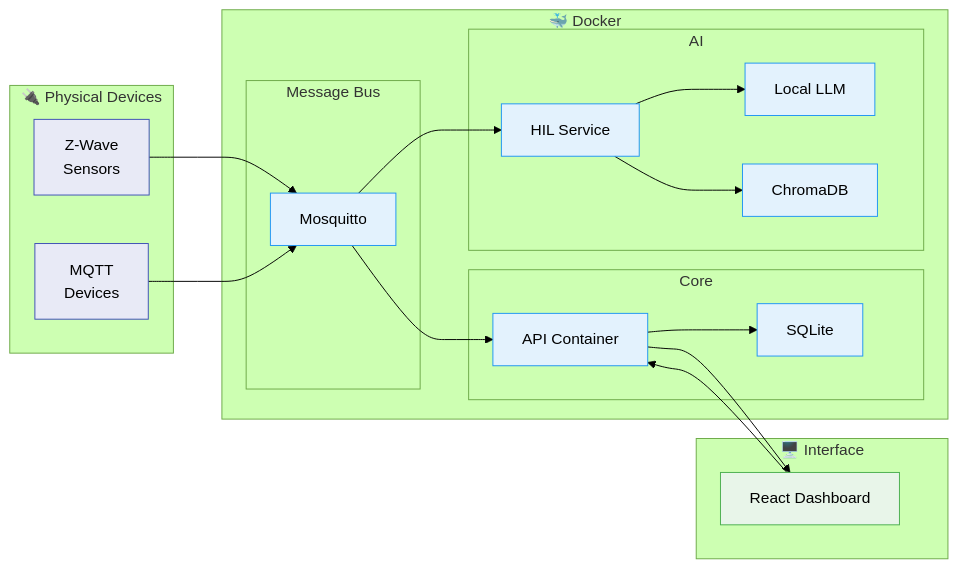
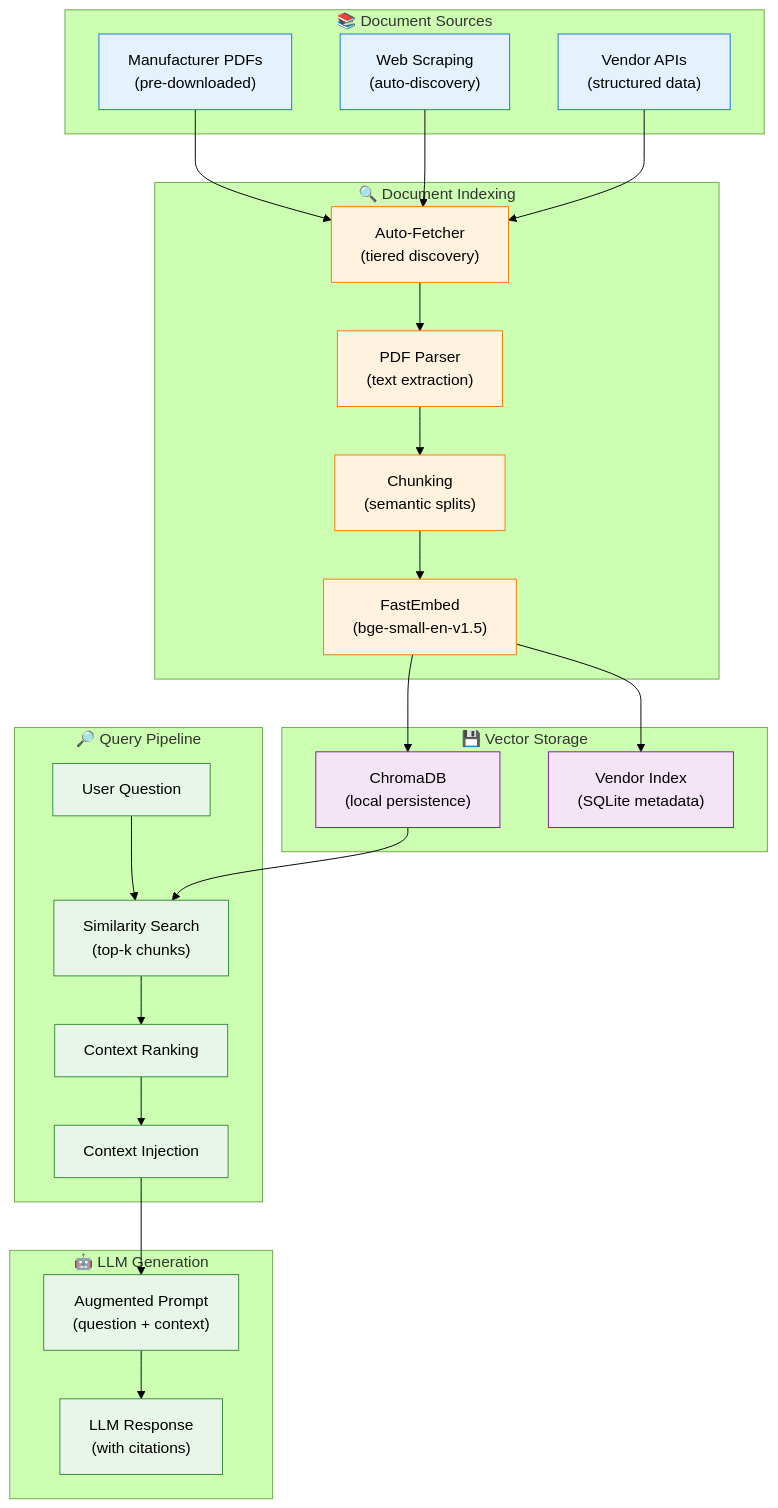
One commit to jbetancur/homesight changed the third of 3 diagrams in README.md. Above: the diagram before and after it, drawn with Mermaid (forest theme). The commit also changed other lines of this file and 12 other files, not shown here.

````diff
--- a/README.md
+++ b/README.md
@@ -325,46 +381,61 @@
 ```mermaid
-flowchart LR
-    subgraph Devices["🔌 Physical Devices"]
-        ZW["Z-Wave<br/>Sensors"]
-        MQTT_D["MQTT<br/>Devices"]
+graph TB
+    subgraph Sources["📚 Document Sources"]
+        MANUALS["Manufacturer PDFs<br/>(pre-downloaded)"]
+        WEB["Web Scraping<br/>(auto-discovery)"]
+        VENDOR["Vendor APIs<br/>(structured data)"]
     end
 
-    subgraph Docker["🐳 Docker"]
-        subgraph Bus["Message Bus"]
-            MQ["Mosquitto"]
-        end
-        
-        subgraph Core["Core"]
-            API_C["API Container"]
-            DB["SQLite"]
-        end
-        
-        subgraph Intelligence["AI"]
-            HIL["HIL Service"]
-            LLM["Local LLM"]
-            RAG["ChromaDB"]
-        end
+    subgraph Indexing["🔍 Document Indexing"]
+        FETCH["Auto-Fetcher<br/>(tiered discovery)"]
+        PARSE["PDF Parser<br/>(text extraction)"]
+        CHUNK["Chunking<br/>(semantic splits)"]
+        EMBED["FastEmbed<br/>(bge-small-en-v1.5)"]
     end
 
-    subgraph UI["🖥️ Interface"]
-        WEB["React Dashboard"]
+    subgraph Storage["💾 Vector Storage"]
+        CHROMA["ChromaDB<br/>(local persistence)"]
+        VENDOR_DB["Vendor Index<br/>(SQLite metadata)"]
     end
 
-    ZW --> MQ
-    MQTT_D --> MQ
-    MQ --> API_C
-    MQ --> HIL
-    API_C --> DB
-    HIL --> LLM
-    HIL --> RAG
-    API_C --> WEB
-    WEB --> API_C
+    subgraph Query["🔎 Query Pipeline"]
+        USER_Q["User Question"]
+        RETRIEVE["Similarity Search<br/>(top-k chunks)"]
+        RERANK["Context Ranking"]
+        INJECT["Context Injection"]
+    end
 
-    classDef device fill:#e8eaf6,stroke:#3f51b5
-    classDef docker fill:#e3f2fd,stroke:#2196f3
-    classDef ui fill:#e8f5e9,stroke:#4caf50
+    subgraph LLM_RAG["🤖 LLM Generation"]
+        PROMPT["Augmented Prompt<br/>(question + context)"]
+        GENERATE["LLM Response<br/>(with citations)"]
+    end
 
-    class ZW,MQTT_D device
-    class MQ,API_C,DB,HIL,LLM,RAG docker
-    class WEB ui
+    MANUALS --> FETCH
+    WEB --> FETCH
+    VENDOR --> FETCH
+
+    FETCH --> PARSE
+    PARSE --> CHUNK
+    CHUNK --> EMBED
+
+    EMBED --> CHROMA
+    EMBED --> VENDOR_DB
+
+    USER_Q --> RETRIEVE
+    CHROMA --> RETRIEVE
+    RETRIEVE --> RERANK
+    RERANK --> INJECT
+
+    INJECT --> PROMPT
+    PROMPT --> GENERATE
+
+    classDef source fill:#e3f2fd,stroke:#1976d2,color:#000
+    classDef index fill:#fff3e0,stroke:#f57c00,color:#000
+    classDef storage fill:#f3e5f5,stroke:#7b1fa2,color:#000
+    classDef query fill:#e8f5e9,stroke:#388e3c,color:#000
+
+    class MANUALS,WEB,VENDOR source
+    class FETCH,PARSE,CHUNK,EMBED index
+    class CHROMA,VENDOR_DB storage
+    class USER_Q,RETRIEVE,RERANK,INJECT,PROMPT,GENERATE query
 ```
````
